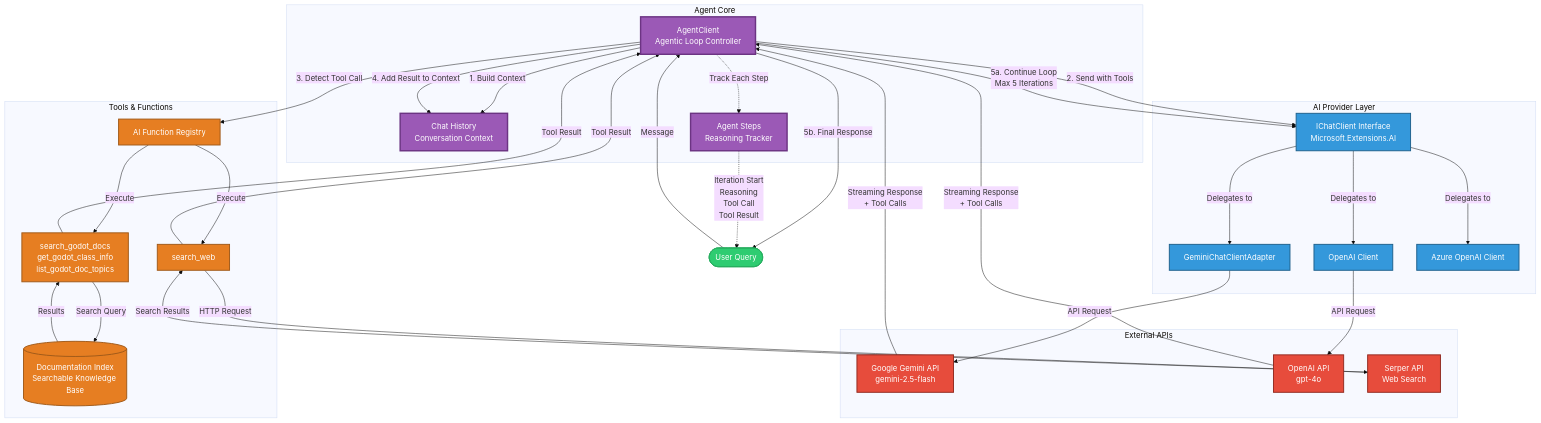
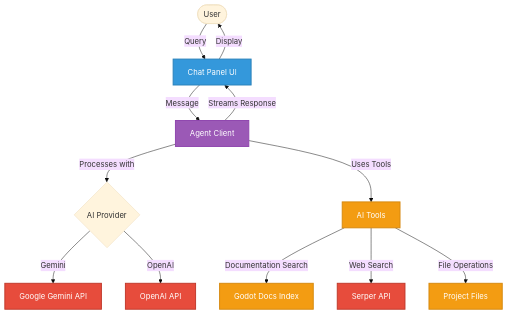
One commit to soumik12345/G0 changed the diagram in README.md. Above: the diagram before and after it, drawn with Mermaid (base theme). The commit also changed other lines of this file, not shown here.

Commit message:
update: Readme

````diff
--- a/README.md
+++ b/README.md
@@ -9,84 +64,27 @@
 ```mermaid
 graph TB
-    subgraph "Agent Core"
-        AgentClient[AgentClient<br/>Agentic Loop Controller]
-        ChatHistory[Chat History<br/>Conversation Context]
-        AgentStep[Agent Steps<br/>Reasoning Tracker]
-    end
-    
-    subgraph "AI Provider Layer"
-        IChatClient[IChatClient Interface<br/>Microsoft.Extensions.AI]
-        GeminiAdapter[GeminiChatClientAdapter]
-        OpenAIClient[OpenAI Client]
-        AzureClient[Azure OpenAI Client]
-    end
-    
-    subgraph "Tools & Functions"
-        ToolRegistry[AI Function Registry]
-        GodotDocsTool[search_godot_docs<br/>get_godot_class_info<br/>list_godot_doc_topics]
-        SerperTool[search_web]
-        DocsIndex[(Documentation Index<br/>Searchable Knowledge Base)]
-    end
-    
-    subgraph "External APIs"
-        Gemini[Google Gemini API<br/>gemini-2.5-flash]
-        OpenAI[OpenAI API<br/>gpt-4o]
-        Serper[Serper API<br/>Web Search]
-    end
-    
-    %% User Input Flow
-    User([User Query]) -->|Message| AgentClient
-    
-    %% Agent Loop
-    AgentClient -->|1. Build Context| ChatHistory
-    AgentClient -->|2. Send with Tools| IChatClient
-    IChatClient -->|Delegates to| GeminiAdapter
-    IChatClient -->|Delegates to| OpenAIClient
-    IChatClient -->|Delegates to| AzureClient
-    
-    %% Provider to External API
-    GeminiAdapter -->|API Request| Gemini
-    OpenAIClient -->|API Request| OpenAI
-    
-    %% Response with Tool Calls
-    Gemini -->|Streaming Response<br/>+ Tool Calls| AgentClient
-    OpenAI -->|Streaming Response<br/>+ Tool Calls| AgentClient
-    
-    %% Tool Execution Loop
-    AgentClient -->|3. Detect Tool Call| ToolRegistry
-    ToolRegistry -->|Execute| GodotDocsTool
-    ToolRegistry -->|Execute| SerperTool
-    
-    %% Tool Implementation
-    GodotDocsTool -->|Search Query| DocsIndex
-    DocsIndex -->|Results| GodotDocsTool
-    SerperTool -->|HTTP Request| Serper
-    Serper -->|Search Results| SerperTool
-    
-    %% Tool Results Back to Agent
-    GodotDocsTool -->|Tool Result| AgentClient
-    SerperTool -->|Tool Result| AgentClient
-    
-    %% Iteration or Final Response
-    AgentClient -->|4. Add Result to Context| ChatHistory
-    AgentClient -->|5a. Continue Loop<br/>Max 5 Iterations| IChatClient
-    AgentClient -->|5b. Final Response| User
-    
-    %% Step Tracking
-    AgentClient -.->|Track Each Step| AgentStep
-    AgentStep -.->|Iteration Start<br/>Reasoning<br/>Tool Call<br/>Tool Result| User
-    
-    %% Styling
-    classDef agent fill:#9b59b6,stroke:#6c3483,stroke-width:3px,color:#fff
-    classDef provider fill:#3498db,stroke:#1f618d,stroke-width:2px,color:#fff
-    classDef tools fill:#e67e22,stroke:#a05a1a,stroke-width:2px,color:#fff
-    classDef external fill:#e74c3c,stroke:#922b21,stroke-width:2px,color:#fff
-    classDef data fill:#95a5a6,stroke:#5d6d7e,stroke-width:2px,color:#fff
-    classDef user fill:#2ecc71,stroke:#27ae60,stroke-width:2px,color:#fff
-    
-    class AgentClient,ChatHistory,AgentStep agent
-    class IChatClient,GeminiAdapter,OpenAIClient,AzureClient provider
-    class ToolRegistry,GodotDocsTool,SerperTool,DocsIndex tools
-    class Gemini,OpenAI,Serper external
-    class User user
+    User([User]) -->|Query| ChatPanel[Chat Panel UI]
+    ChatPanel -->|Message| AgentClient[Agent Client]
+
+    AgentClient -->|Processes with| AIProvider{AI Provider}
+    AIProvider -->|Gemini| Gemini[Google Gemini API]
+    AIProvider -->|OpenAI| OpenAI[OpenAI API]
+
+    AgentClient -->|Uses Tools| Tools[AI Tools]
+    Tools -->|Documentation Search| GodotDocs[Godot Docs Index]
+    Tools -->|Web Search| SerperAPI[Serper API]
+    Tools -->|File Operations| FileSystem[Project Files]
+
+    AgentClient -->|Streams Response| ChatPanel
+    ChatPanel -->|Display| User
+
+    classDef ui fill:#3498db,stroke:#2980b9,stroke-width:2px,color:#fff
+    classDef core fill:#9b59b6,stroke:#8e44ad,stroke-width:2px,color:#fff
+    classDef external fill:#e74c3c,stroke:#c0392b,stroke-width:2px,color:#fff
+    classDef tools fill:#f39c12,stroke:#d68910,stroke-width:2px,color:#fff
+
+    class ChatPanel ui
+    class AgentClient core
+    class Gemini,OpenAI,SerperAPI external
+    class Tools,GodotDocs,FileSystem tools
 ```
````
